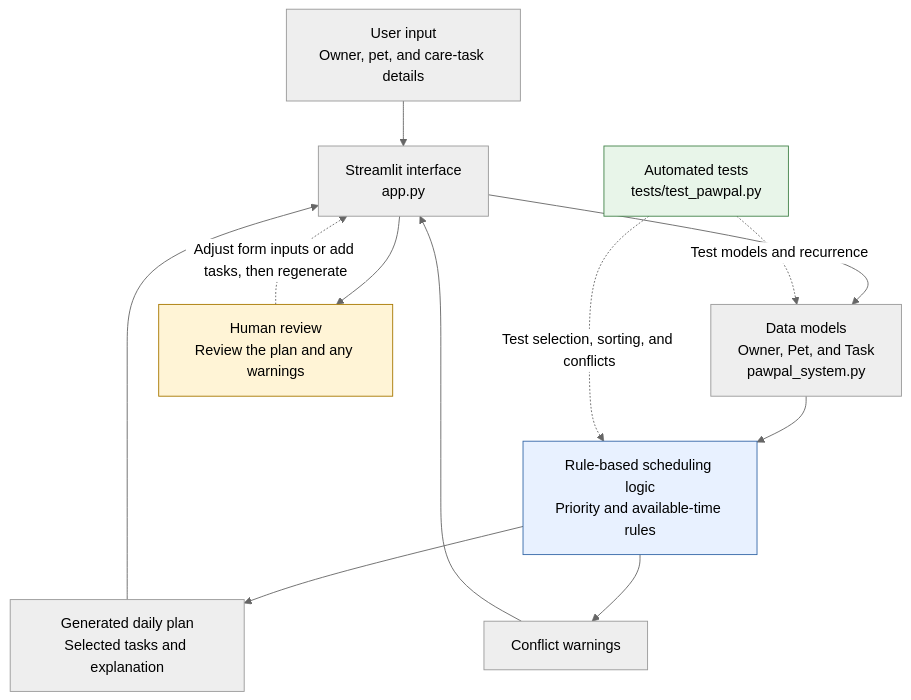
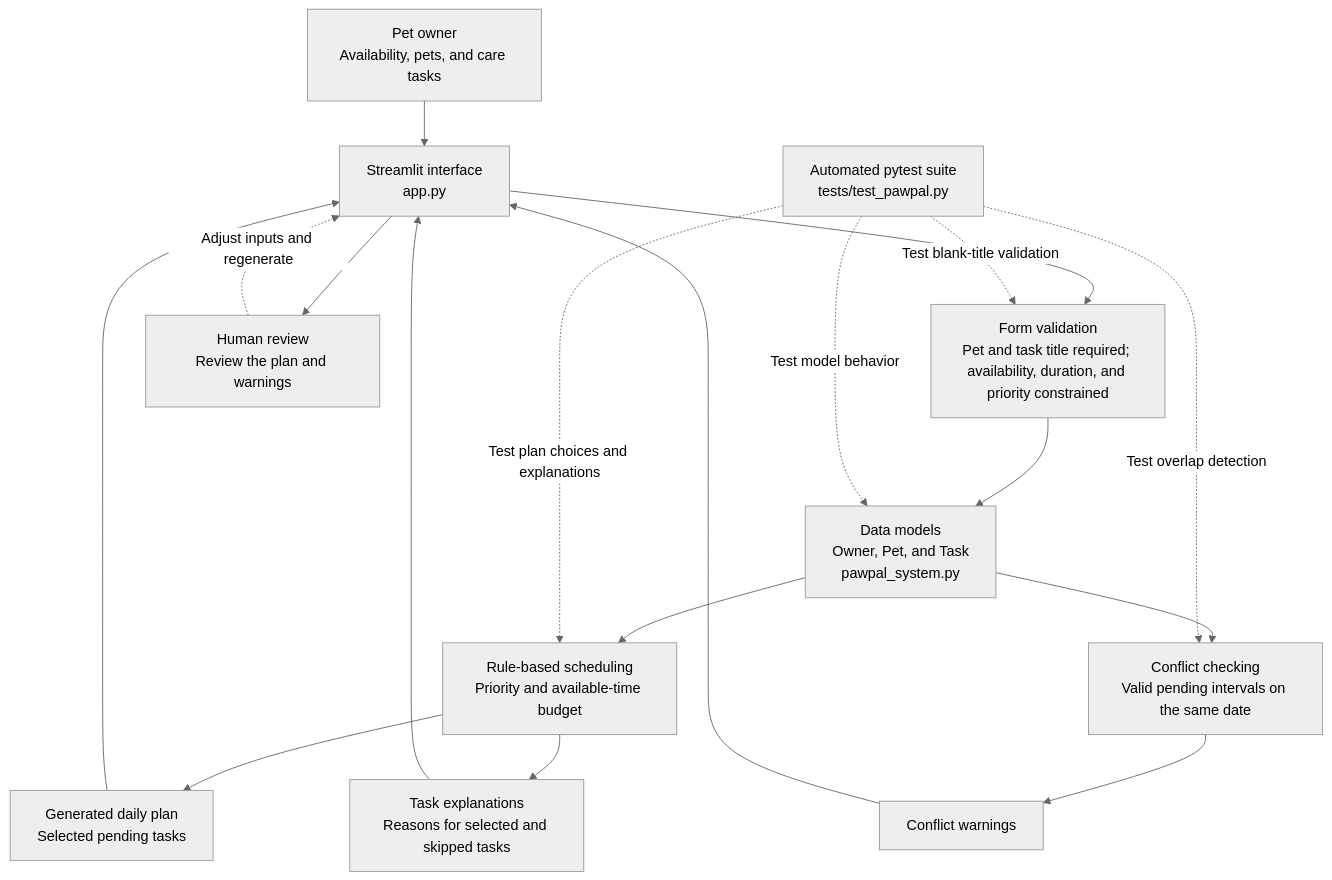
Before and after one commit to nirutachataut/applied-ai-system-project: the diagram in diagrams/system_architecture.mmd, drawn with Mermaid (neutral theme). The commit also changed 7 other files, not shown here.

```diff
--- a/diagrams/system_architecture.mmd
+++ b/diagrams/system_architecture.mmd
@@ -1,21 +1,20 @@
 flowchart TD
-    U[User input<br/>Owner, pet, and care-task details] --> UI[Streamlit interface<br/>app.py]
-    UI --> DM[Data models<br/>Owner, Pet, and Task<br/>pawpal_system.py]
-    DM --> SL[Rule-based scheduling logic<br/>Priority and available-time rules]
-    SL --> GS[Generated daily plan<br/>Selected tasks and explanation]
-    SL --> CW[Conflict warnings]
-    GS --> UI
+    U[Pet owner<br/>Availability, pets, and care tasks] --> UI[Streamlit interface<br/>app.py]
+    UI --> IV[Form validation<br/>Pet and task title required; availability, duration, and priority constrained]
+    IV --> DM[Data models<br/>Owner, Pet, and Task<br/>pawpal_system.py]
+    DM --> SL[Rule-based scheduling<br/>Priority and available-time budget]
+    SL --> PL[Generated daily plan<br/>Selected pending tasks]
+    SL --> EX[Task explanations<br/>Reasons for selected and skipped tasks]
+    DM --> CC[Conflict checking<br/>Valid pending intervals on the same date]
+    CC --> CW[Conflict warnings]
+    PL --> UI
+    EX --> UI
     CW --> UI
-    UI --> HR[Human review<br/>Review the plan and any warnings]
-    HR -. Adjust form inputs or add tasks, then regenerate .-> UI
+    UI --> HR[Human review<br/>Review the plan and warnings]
+    HR -. Adjust inputs and regenerate .-> UI
 
-    AT[Automated tests<br/>tests/test_pawpal.py]
-    AT -. Test models and recurrence .-> DM
-    AT -. Test selection, sorting, and conflicts .-> SL
-
-    classDef ruleBased fill:#e8f1ff,stroke:#3568a8
-    classDef review fill:#fff4d6,stroke:#a87800
-    classDef tests fill:#e8f5e9,stroke:#43834a
-    class SL ruleBased
-    class HR review
-    class AT tests
+    AT[Automated pytest suite<br/>tests/test_pawpal.py]
+    AT -. Test model behavior .-> DM
+    AT -. Test plan choices and explanations .-> SL
+    AT -. Test overlap detection .-> CC
+    AT -. Test blank-title validation .-> IV
```
